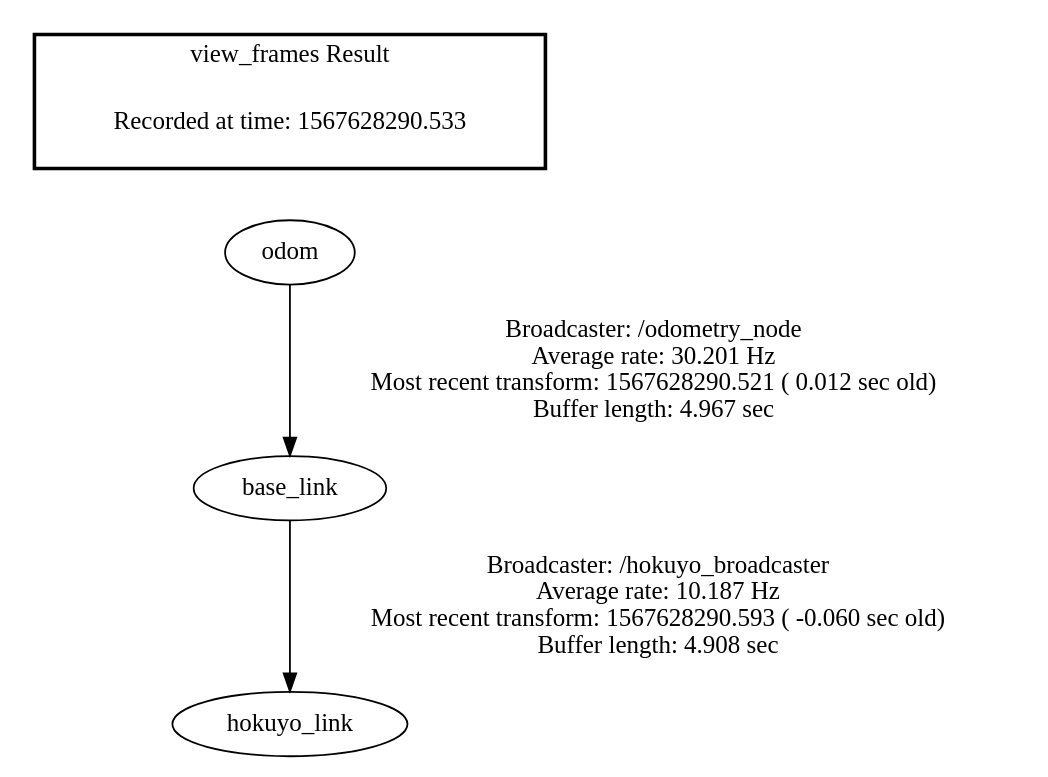
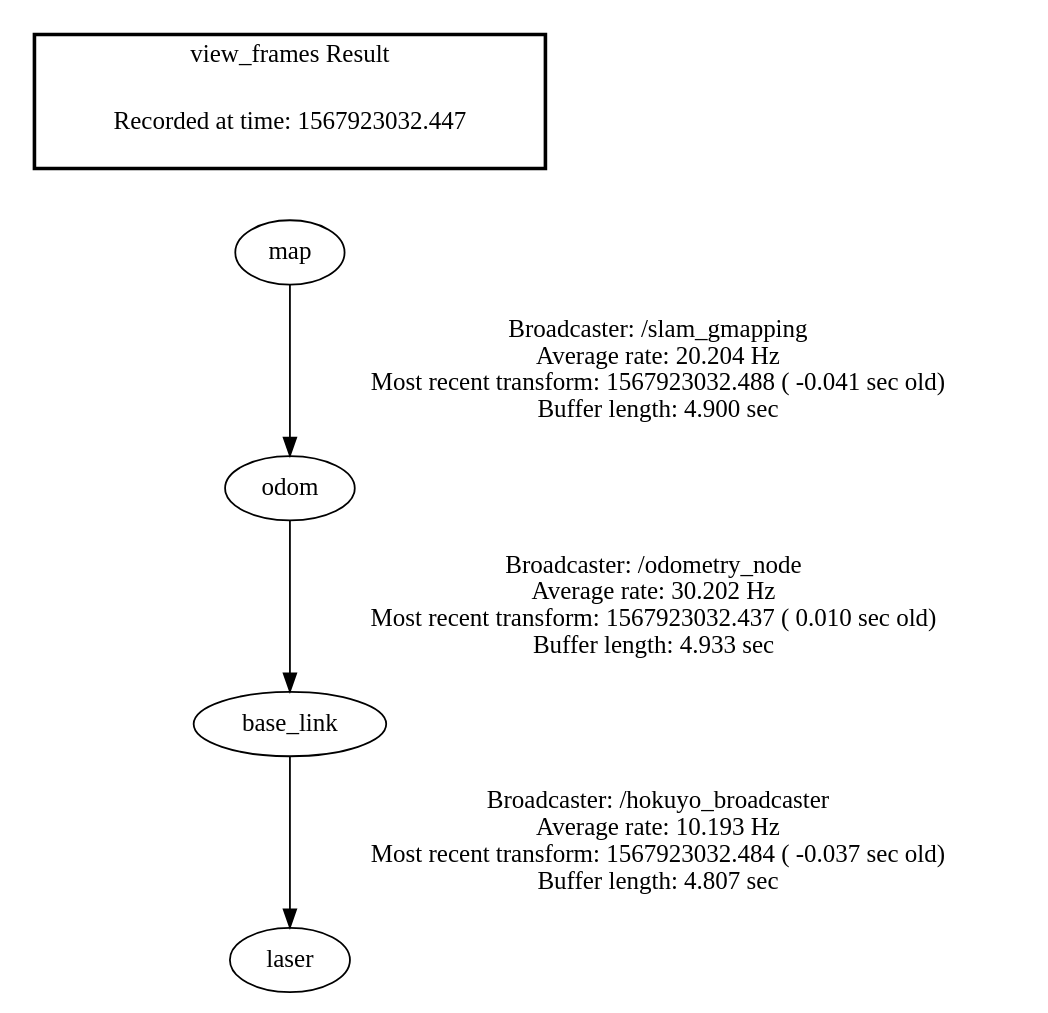
Before and after one commit to andokeisuke/NHK2020: the diagram in zyugyourobokon/frames.gv, drawn with Graphviz. The commit also changed 741 other files, not shown here.

```diff
--- a/zyugyourobokon/frames.gv
+++ b/zyugyourobokon/frames.gv
@@ -1,8 +1,9 @@
 digraph G {
-"odom" -> "base_link"[label="Broadcaster: /odometry_node\nAverage rate: 30.201 Hz\nMost recent transform: 1567628290.521 ( 0.012 sec old)\nBuffer length: 4.967 sec\n"];
-"base_link" -> "hokuyo_link"[label="Broadcaster: /hokuyo_broadcaster\nAverage rate: 10.187 Hz\nMost recent transform: 1567628290.593 ( -0.060 sec old)\nBuffer length: 4.908 sec\n"];
+"odom" -> "base_link"[label="Broadcaster: /odometry_node\nAverage rate: 30.202 Hz\nMost recent transform: 1567923032.437 ( 0.010 sec old)\nBuffer length: 4.933 sec\n"];
+"map" -> "odom"[label="Broadcaster: /slam_gmapping\nAverage rate: 20.204 Hz\nMost recent transform: 1567923032.488 ( -0.041 sec old)\nBuffer length: 4.900 sec\n"];
+"base_link" -> "laser"[label="Broadcaster: /hokuyo_broadcaster\nAverage rate: 10.193 Hz\nMost recent transform: 1567923032.484 ( -0.037 sec old)\nBuffer length: 4.807 sec\n"];
 edge [style=invis];
  subgraph cluster_legend { style=bold; color=black; label ="view_frames Result";
-"Recorded at time: 1567628290.533"[ shape=plaintext ] ;
- }->"odom";
+"Recorded at time: 1567923032.447"[ shape=plaintext ] ;
+ }->"map";
 }
```
